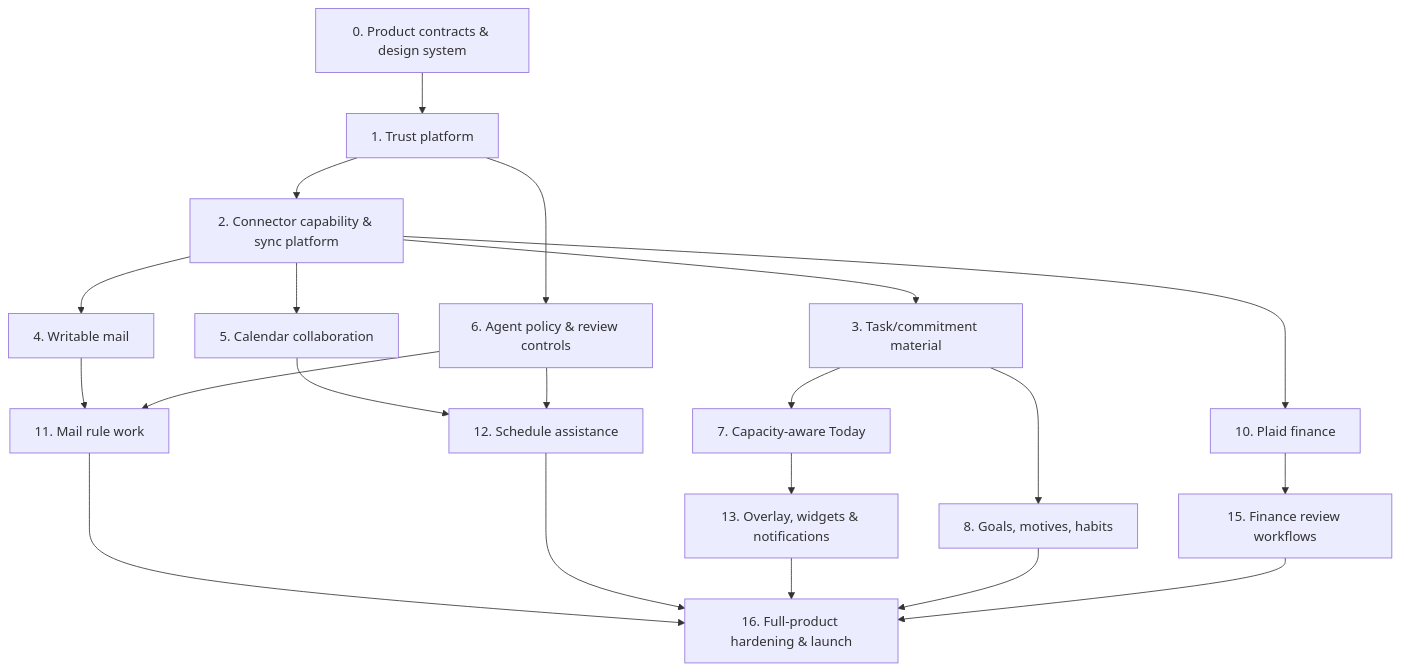
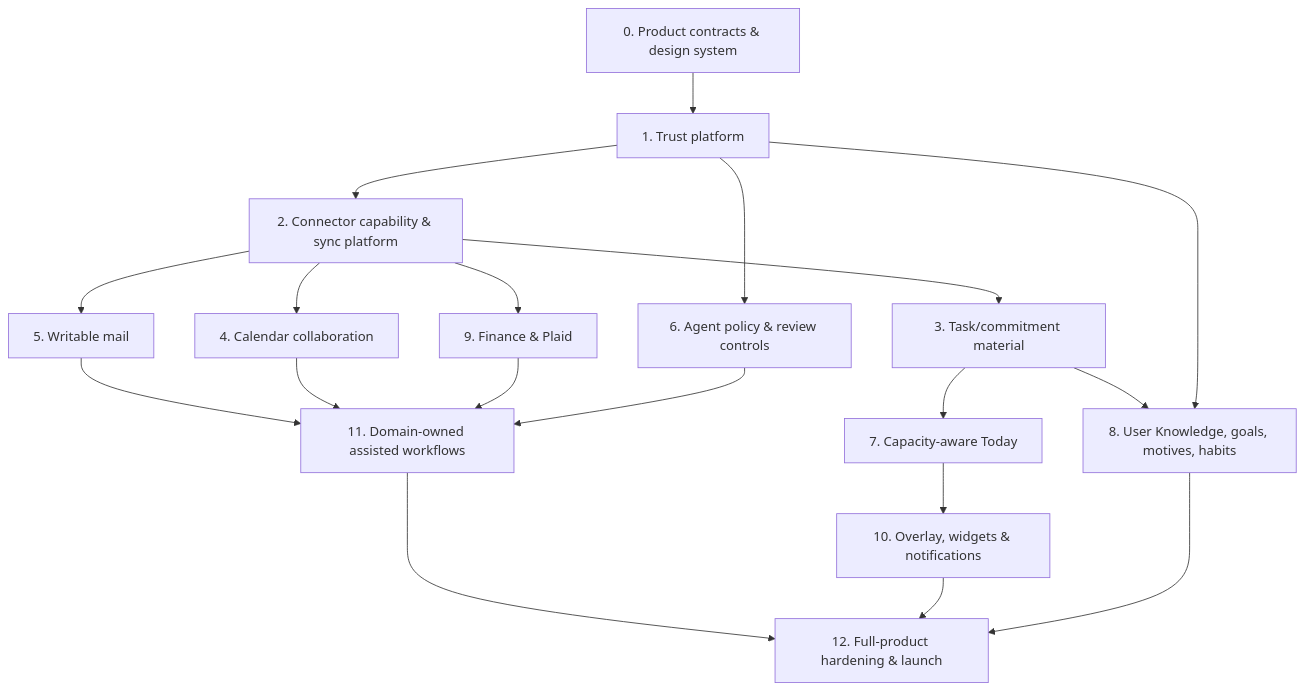
One commit to coopersully/personal-os changed the diagram in docs/product/master-plan.md. Above: the diagram before and after it, drawn with Mermaid. The commit also changed other lines of this file and 67 other files, not shown here.

````diff
--- a/docs/product/master-plan.md
+++ b/docs/product/master-plan.md
@@ -31,23 +35,21 @@
 ```mermaid
 flowchart TD
   A[0. Product contracts & design system] --> B[1. Trust platform]
   B --> C[2. Connector capability & sync platform]
   C --> D[3. Task/commitment material]
-  C --> E[4. Writable mail]
-  C --> F[5. Calendar collaboration]
+  C --> E[5. Writable mail]
+  C --> F[4. Calendar collaboration]
   B --> G[6. Agent policy & review controls]
   D --> H[7. Capacity-aware Today]
-  D --> I[8. Goals, motives, habits]
-  C --> K[10. Plaid finance]
-  E --> L[11. Mail rule work]
-  F --> M[12. Schedule assistance]
+  D --> I[8. User Knowledge, goals, motives, habits]
+  B --> I
+  C --> K[9. Finance & Plaid]
+  E --> L[11. Domain-owned assisted workflows]
+  F --> L
+  K --> L
   G --> L
-  G --> M
-  H --> N[13. Overlay, widgets & notifications]
-  K --> P[15. Finance review workflows]
-  L --> Q[16. Full-product hardening & launch]
-  M --> Q
+  H --> N[10. Overlay, widgets & notifications]
+  L --> Q[12. Full-product hardening & launch]
   N --> Q
   I --> Q
-  P --> Q
 ```
````
